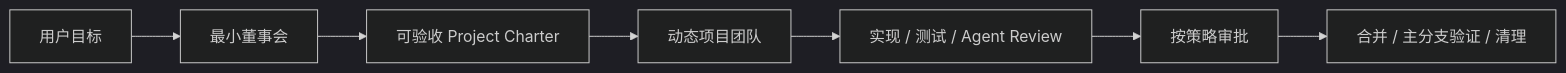
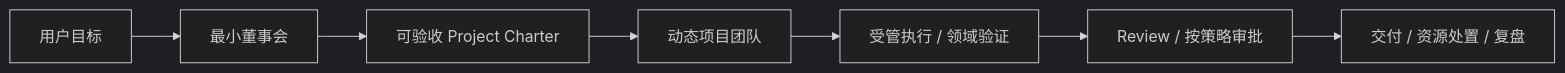
One commit to Ericwong5021/agents-company changed the second of 3 diagrams in docs/product-design/00-overview.md. Above: the diagram before and after it, drawn with Mermaid (dark theme). The commit also changed other lines of this file and 47 other files, not shown here.

````diff
--- a/docs/product-design/00-overview.md
+++ b/docs/product-design/00-overview.md
@@ -77,9 +76,9 @@
 ```mermaid
 flowchart LR
     Goal["用户目标"] --> Board["最小董事会"]
     Board --> Charter["可验收 Project Charter"]
     Charter --> Team["动态项目团队"]
-    Team --> Work["实现 / 测试 / Agent Review"]
-    Work --> Gate["按策略审批"]
-    Gate --> Merge["合并 / 主分支验证 / 清理"]
+    Team --> Work["受管执行 / 领域验证"]
+    Work --> Gate["Review / 按策略审批"]
+    Gate --> Merge["交付 / 资源处置 / 复盘"]
 ```
````
